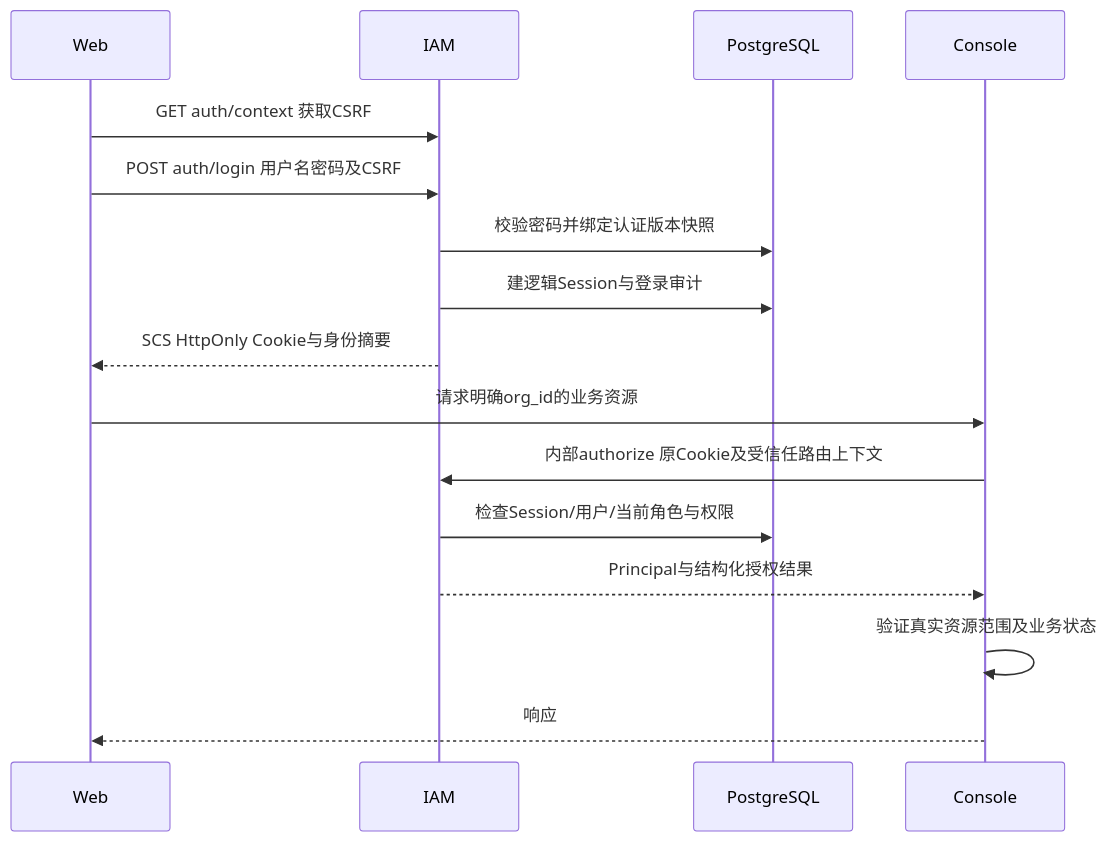
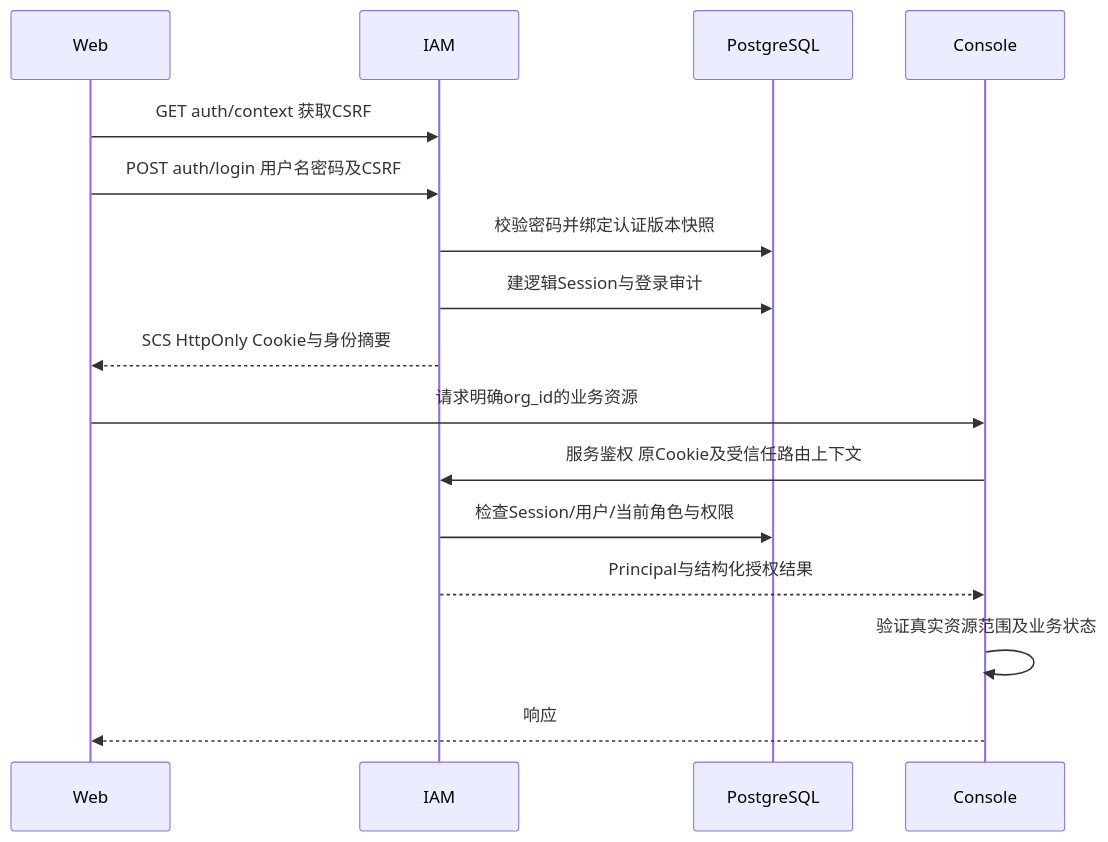
One commit to EayonLee/SecPlexus changed the third of 5 diagrams in src/apps/iam/README.md. Above: the diagram before and after it, drawn with Mermaid. The commit also changed other lines of this file and 163 other files, not shown here.

````diff
--- a/src/apps/iam/README.md
+++ b/src/apps/iam/README.md
@@ -112,18 +112,18 @@
 ```mermaid
 sequenceDiagram
     participant W as Web
     participant I as IAM
     participant D as PostgreSQL
     participant C as Console
     W->>I: GET auth/context 获取CSRF
     W->>I: POST auth/login 用户名密码及CSRF
     I->>D: 校验密码并绑定认证版本快照
     I->>D: 建逻辑Session与登录审计
     I-->>W: SCS HttpOnly Cookie与身份摘要
     W->>C: 请求明确org_id的业务资源
-    C->>I: 内部authorize 原Cookie及受信任路由上下文
+    C->>I: 服务鉴权 原Cookie及受信任路由上下文
     I->>D: 检查Session/用户/当前角色与权限
     I-->>C: Principal与结构化授权结果
     C->>C: 验证真实资源范围及业务状态
     C-->>W: 响应
 ```
````
